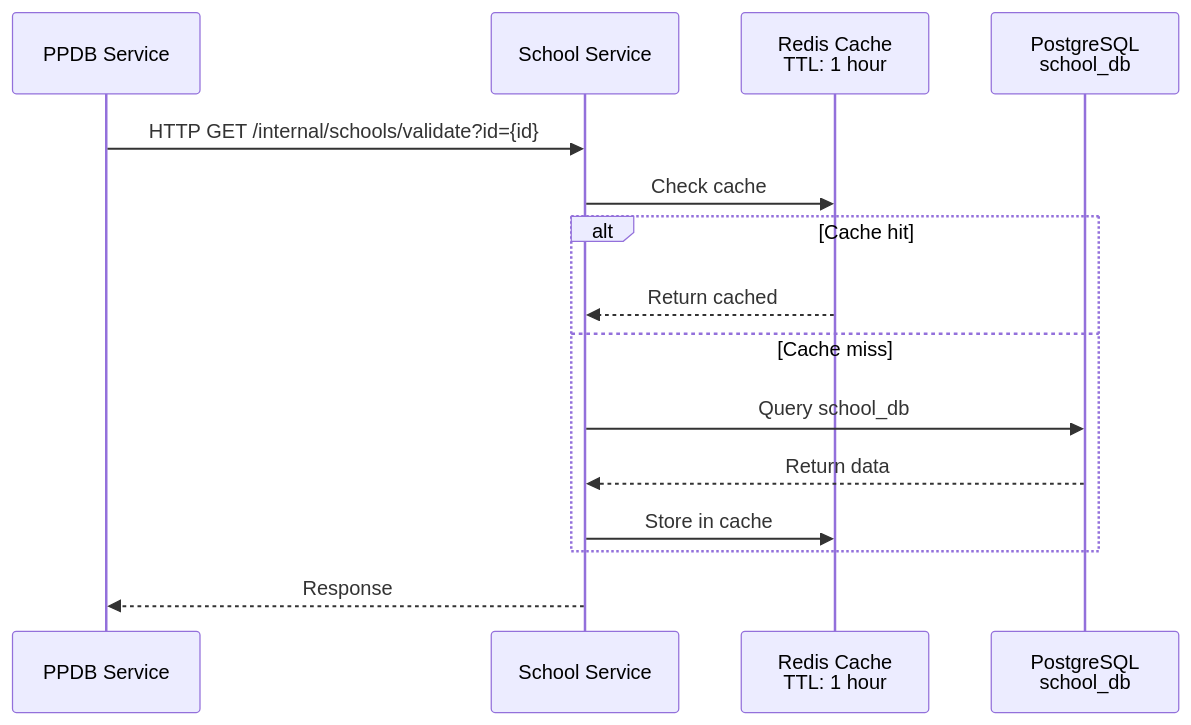
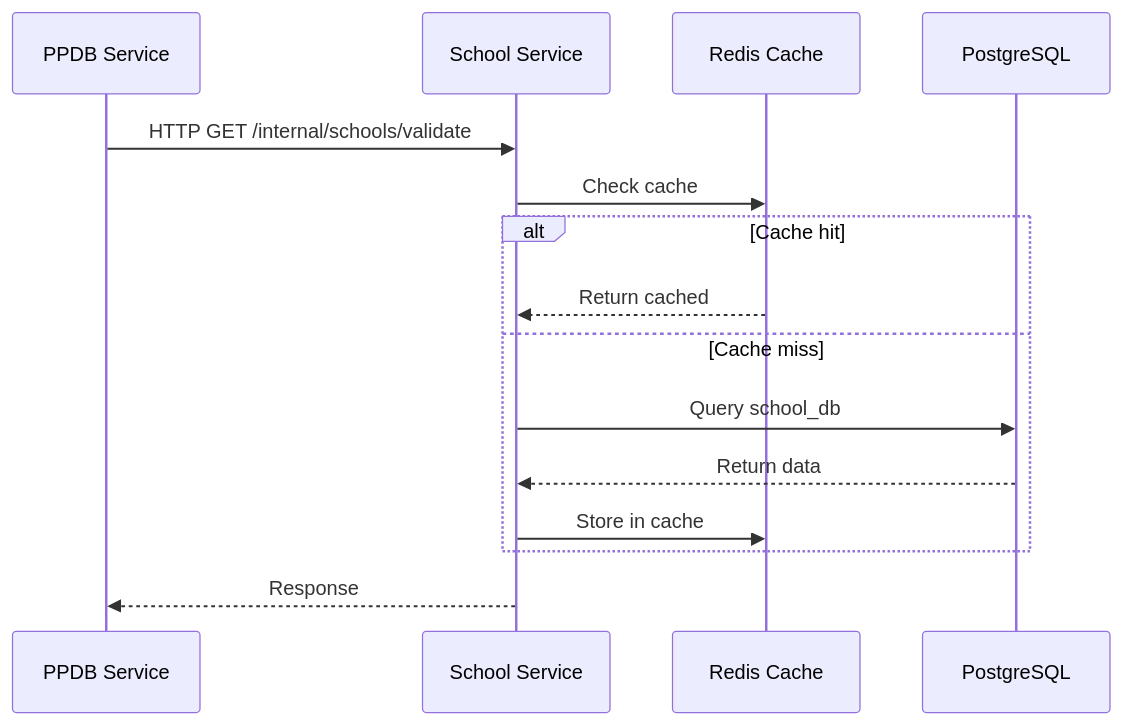
One commit to IyaTulus/ppdb-microserivce changed the fourth of 8 diagrams in README.md. Above: the diagram before and after it, drawn with Mermaid. The commit also changed other lines of this file, not shown here.

````diff
--- a/README.md
+++ b/README.md
@@ -377,18 +373,18 @@
 ```mermaid
 sequenceDiagram
     participant P as PPDB Service
     participant Sch as School Service
-    participant Redis as Redis Cache<br/>TTL: 1 hour
-    participant DB as PostgreSQL<br/>school_db
+    participant Redis as Redis Cache
+    participant DB as PostgreSQL
 
-    P->>Sch: HTTP GET /internal/schools/validate?id={id}
+    P->>Sch: HTTP GET /internal/schools/validate
     Sch->>Redis: Check cache
     alt Cache hit
         Redis-->>Sch: Return cached
     else Cache miss
         Sch->>DB: Query school_db
         DB-->>Sch: Return data
         Sch->>Redis: Store in cache
     end
     Sch-->>P: Response
 ```
````
